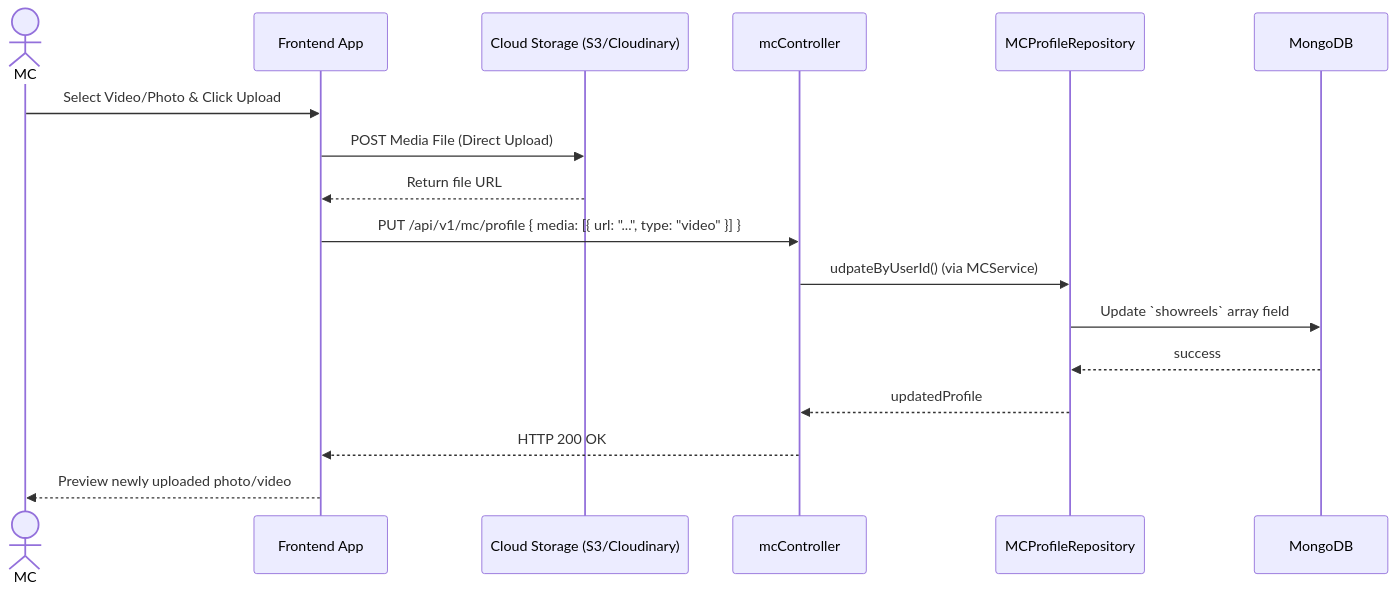
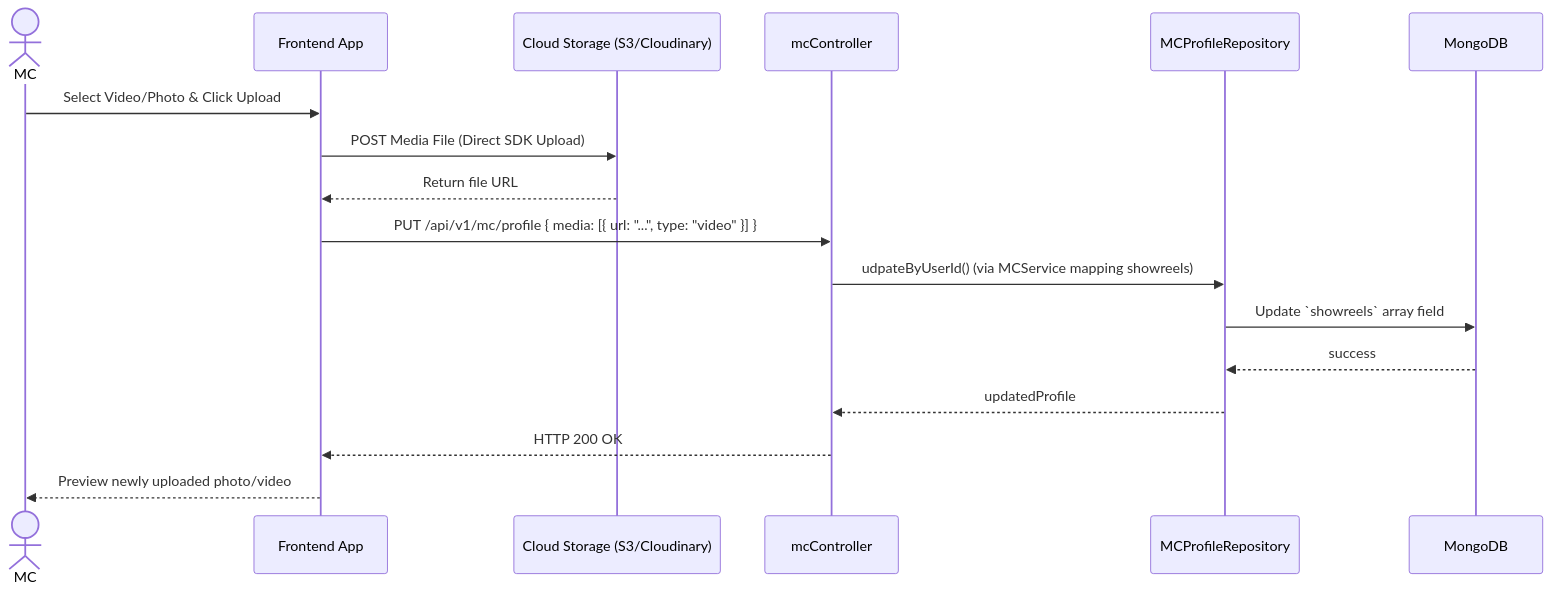
Before and after one commit to dat-21/SWD392: the sixth of 36 diagrams in UC_Backend_Design_Details.md, drawn with Mermaid. The commit also changed other lines of this file, not shown here.

Commit message:
feat: Refactor design documentation by removing the general system architecture diagram and adding specific high-level design diagrams for individual use cases.

````diff
--- a/UC_Backend_Design_Details.md
+++ b/UC_Backend_Design_Details.md
@@ -140,20 +131,20 @@
 ```mermaid
 sequenceDiagram
     actor MC
     participant FE as Frontend App
     participant Cloud as Cloud Storage (S3/Cloudinary)
     participant Ctrl as mcController
     participant Repo as MCProfileRepository
     participant DB as MongoDB
 
     MC->>FE: Select Video/Photo & Click Upload
-    FE->>Cloud: POST Media File (Direct Upload)
+    FE->>Cloud: POST Media File (Direct SDK Upload)
     Cloud-->>FE: Return file URL
     FE->>Ctrl: PUT /api/v1/mc/profile { media: [{ url: "...", type: "video" }] }
-    Ctrl->>Repo: udpateByUserId() (via MCService)
+    Ctrl->>Repo: udpateByUserId() (via MCService mapping showreels)
     Repo->>DB: Update `showreels` array field
     DB-->>Repo: success
     Repo-->>Ctrl: updatedProfile
     Ctrl-->>FE: HTTP 200 OK
     FE-->>MC: Preview newly uploaded photo/video
 ```
````
